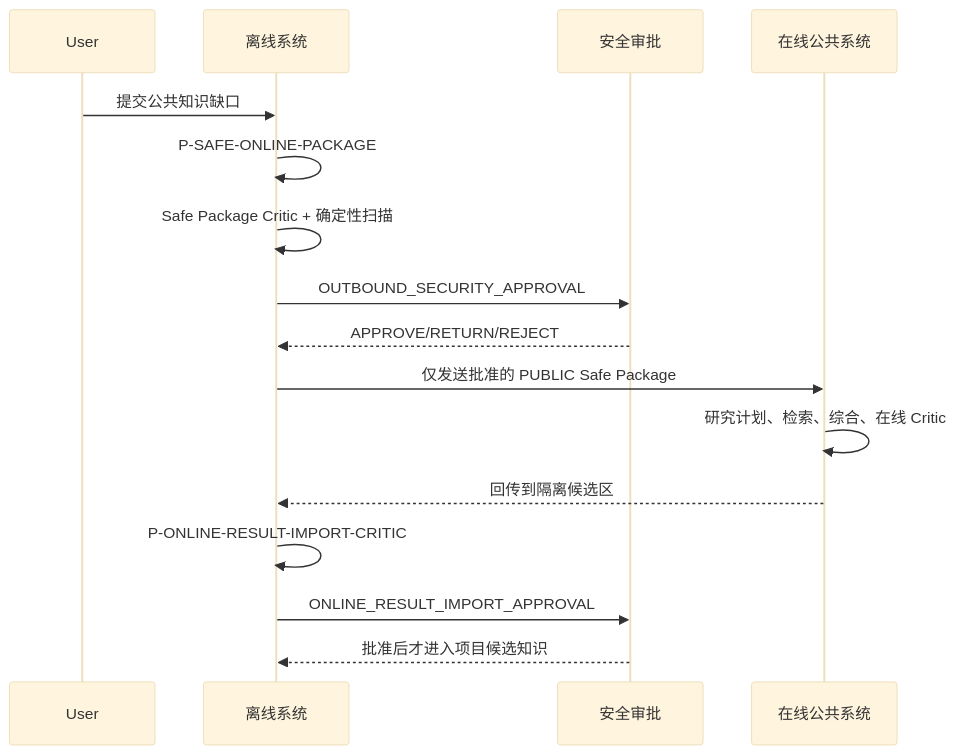
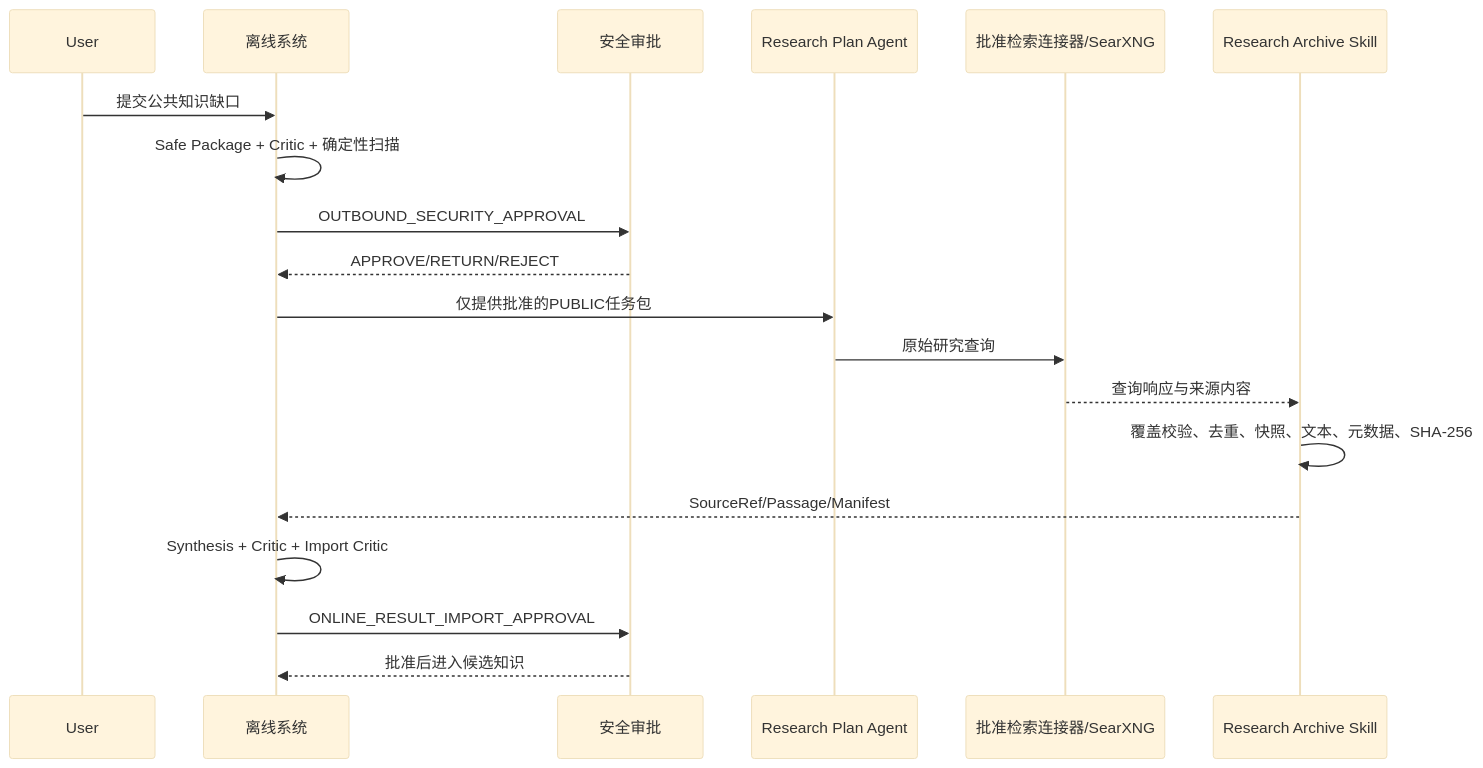
The second of 4 diagrams in SYSTEM_DESIGN.md (GGBOND121382/proposal_agent_system), drawn with Mermaid (base theme) before and after one commit. The commit also changed other lines of this file and 74 other files, not shown here.

Commit message:
add offline deployment, research archive, and Mermaid skills

````diff
--- a/SYSTEM_DESIGN.md
+++ b/SYSTEM_DESIGN.md
@@ -27,19 +30,22 @@
 ```mermaid
 sequenceDiagram
     participant User
     participant Offline as 离线系统
     participant Gate as 安全审批
-    participant Online as 在线公共系统
+    participant Agent as Research Plan Agent
+    participant Search as 批准检索连接器/SearXNG
+    participant Archive as Research Archive Skill
 
     User->>Offline: 提交公共知识缺口
-    Offline->>Offline: P-SAFE-ONLINE-PACKAGE
-    Offline->>Offline: Safe Package Critic + 确定性扫描
+    Offline->>Offline: Safe Package + Critic + 确定性扫描
     Offline->>Gate: OUTBOUND_SECURITY_APPROVAL
     Gate-->>Offline: APPROVE/RETURN/REJECT
-    Offline->>Online: 仅发送批准的 PUBLIC Safe Package
-    Online->>Online: 研究计划、检索、综合、在线 Critic
-    Online-->>Offline: 回传到隔离候选区
-    Offline->>Offline: P-ONLINE-RESULT-IMPORT-CRITIC
+    Offline->>Agent: 仅提供批准的PUBLIC任务包
+    Agent->>Search: 原始研究查询
+    Search-->>Archive: 查询响应与来源内容
+    Archive->>Archive: 覆盖校验、去重、快照、文本、元数据、SHA-256
+    Archive-->>Offline: SourceRef/Passage/Manifest
+    Offline->>Offline: Synthesis + Critic + Import Critic
     Offline->>Gate: ONLINE_RESULT_IMPORT_APPROVAL
-    Gate-->>Offline: 批准后才进入项目候选知识
+    Gate-->>Offline: 批准后进入候选知识
 ```
````
